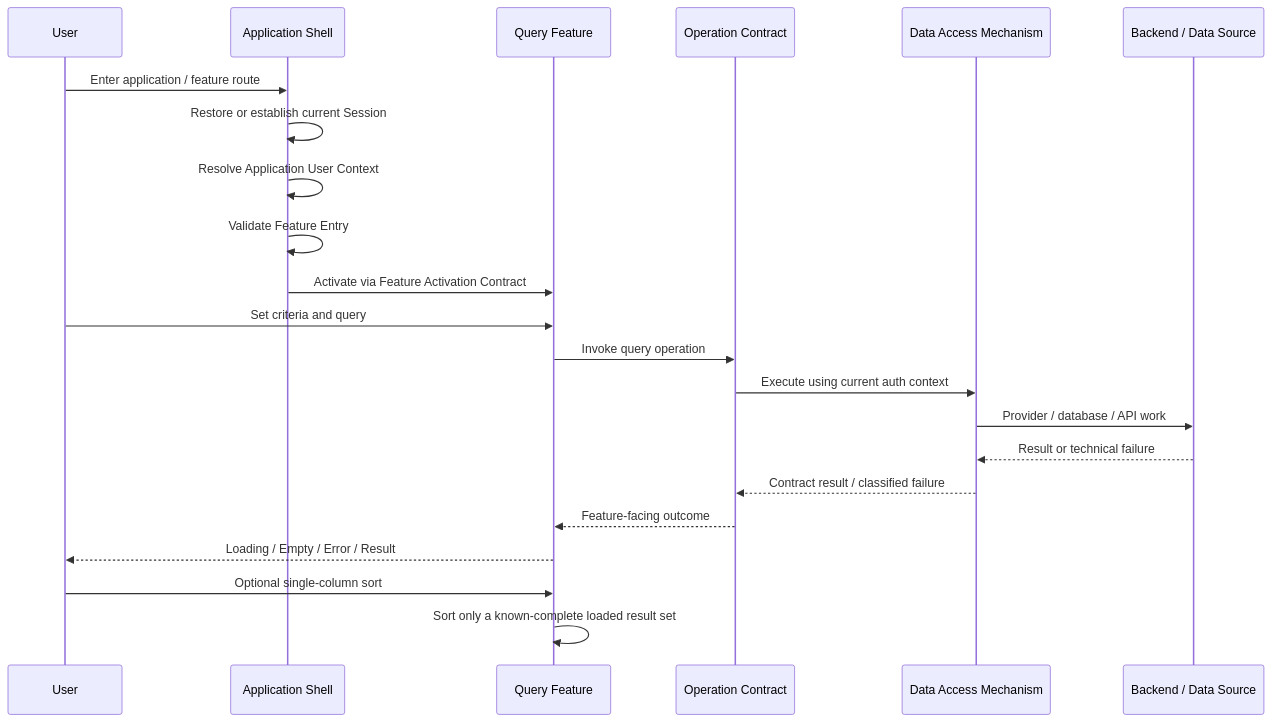
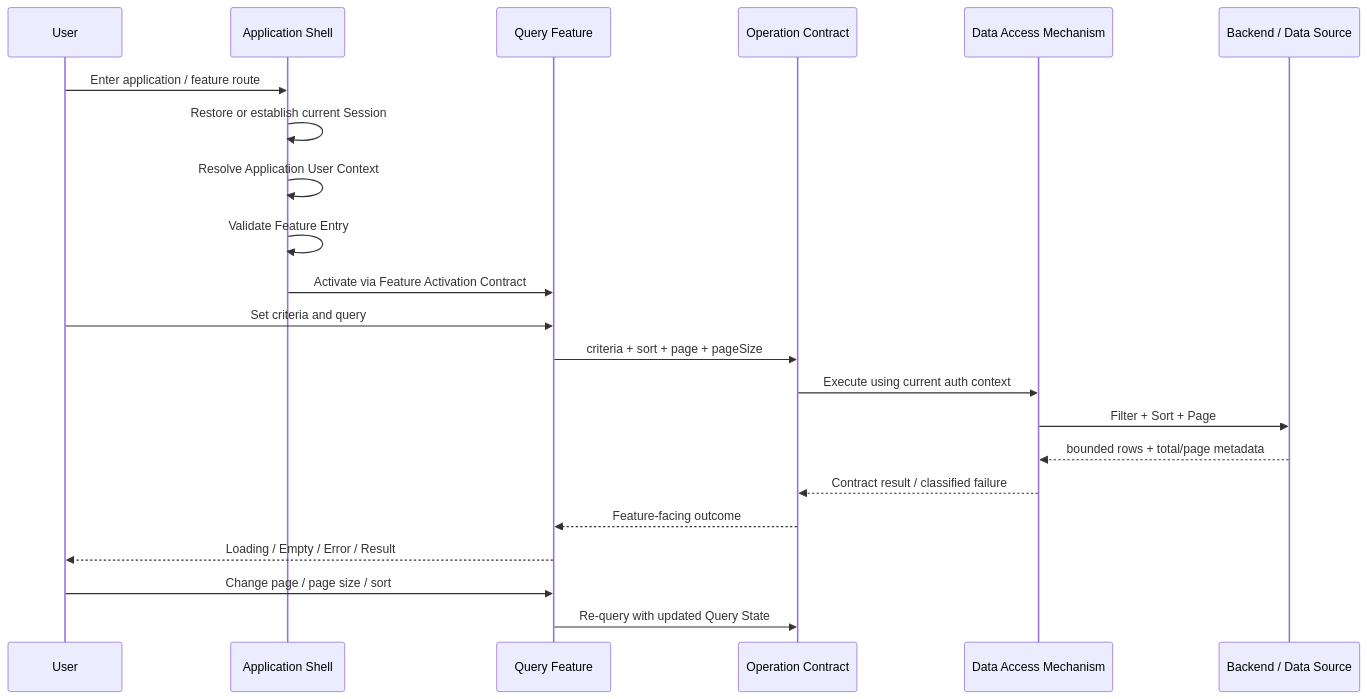
One commit to claire-nook/ai-playground changed the third of 3 diagrams in knowledge/platform/application-platform-architecture.md. Above: the diagram before and after it, drawn with Mermaid. The commit also changed other lines of this file, not shown here.

Commit message:
docs: evolve platform architecture for bounded enterprise queries

````diff
--- a/knowledge/platform/application-platform-architecture.md
+++ b/knowledge/platform/application-platform-architecture.md
@@ -343,25 +381,25 @@
 ```mermaid
 sequenceDiagram
     participant U as User
     participant S as Application Shell
     participant F as Query Feature
     participant O as Operation Contract
     participant M as Data Access Mechanism
     participant B as Backend / Data Source
 
     U->>S: Enter application / feature route
     S->>S: Restore or establish current Session
     S->>S: Resolve Application User Context
     S->>S: Validate Feature Entry
     S->>F: Activate via Feature Activation Contract
     U->>F: Set criteria and query
-    F->>O: Invoke query operation
+    F->>O: criteria + sort + page + pageSize
     O->>M: Execute using current auth context
-    M->>B: Provider / database / API work
-    B-->>M: Result or technical failure
+    M->>B: Filter + Sort + Page
+    B-->>M: bounded rows + total/page metadata
     M-->>O: Contract result / classified failure
     O-->>F: Feature-facing outcome
     F-->>U: Loading / Empty / Error / Result
-    U->>F: Optional single-column sort
-    F->>F: Sort only a known-complete loaded result set
+    U->>F: Change page / page size / sort
+    F->>O: Re-query with updated Query State
 ```
````
